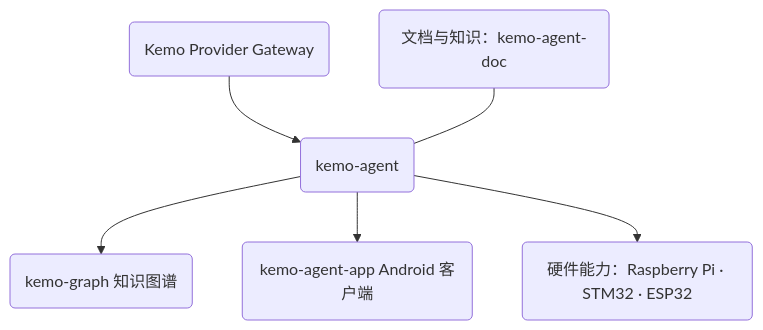
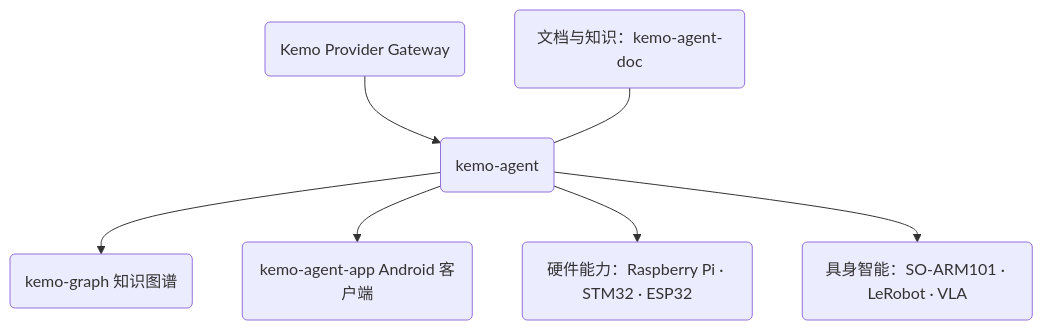
Before and after one commit to kesepain-KE/kesepain-KE: the diagram in README.md, drawn with Mermaid. The commit also changed other lines of this file and 1 other file, not shown here.

````diff
--- a/README.md
+++ b/README.md
@@ -28,15 +30,17 @@
 ```mermaid
 flowchart TB
     gateway("Kemo Provider Gateway")
     agent("kemo-agent")
     kg("kemo-graph 知识图谱")
     app("kemo-agent-app Android 客户端")
     docs("文档与知识：kemo-agent-doc")
     hardware("硬件能力：Raspberry Pi · STM32 · ESP32")
+    embodied("具身智能：SO-ARM101 · LeRobot · VLA")
 
     gateway --> agent
     docs --- agent
     agent --> kg
     agent --> app
     agent --> hardware
+    agent --> embodied
 ```
````
